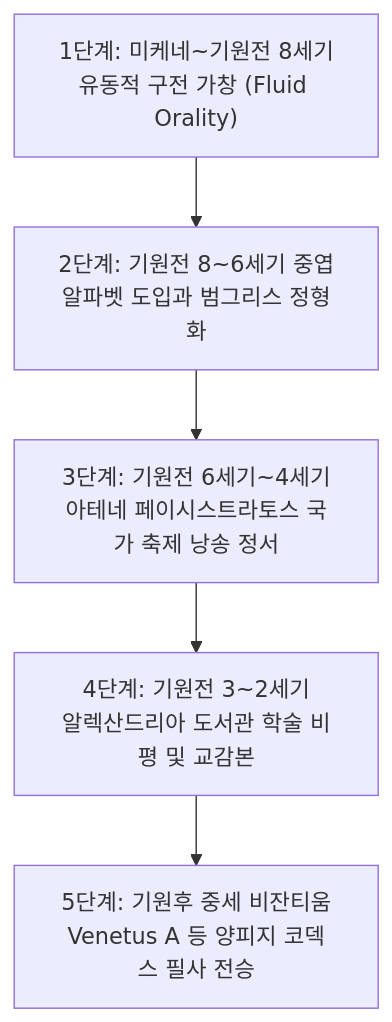
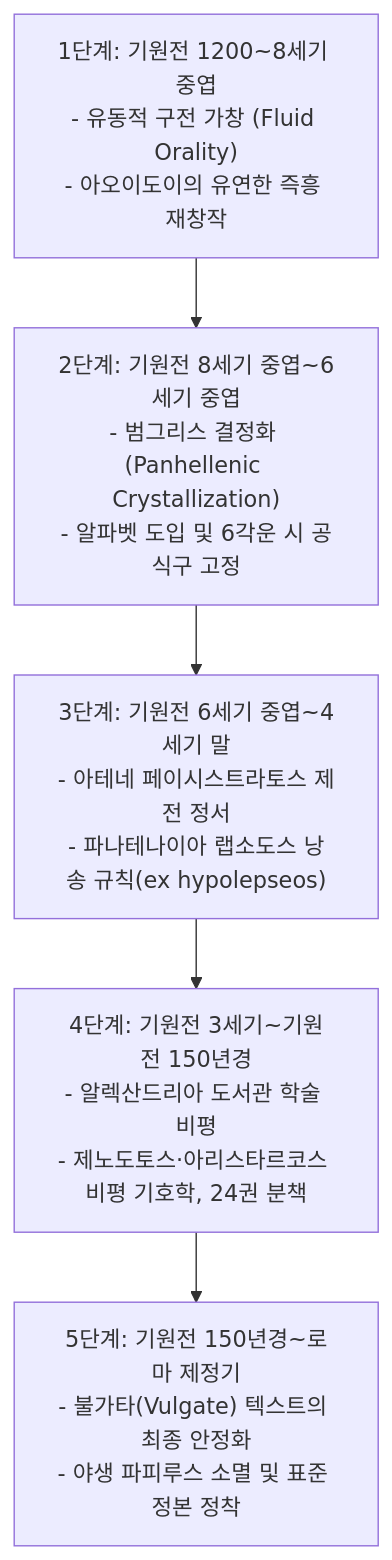
One commit to YgHnSIM/after-the-ledger changed the third of 3 diagrams in docs/essays/04-호메로스는-언제-텍스트가-되었는가.md. Above: the diagram before and after it, drawn with Mermaid. The commit also changed other lines of this file and 2 other files, not shown here.

````diff
--- a/docs/essays/04-호메로스는-언제-텍스트가-되었는가.md
+++ b/docs/essays/04-호메로스는-언제-텍스트가-되었는가.md
@@ -82,7 +166,8 @@
 ```mermaid
 flowchart TD
-    E1["1단계: 미케네~기원전 8세기\n유동적 구전 가창 (Fluid Orality)"] --> E2["2단계: 기원전 8~6세기 중엽\n알파벳 도입과 범그리스 정형화"]
-    E2 --> E3["3단계: 기원전 6세기~4세기\n아테네 페이시스트라토스 국가 축제 낭송 정서"]
-    E3 --> E4["4단계: 기원전 3~2세기\n알렉산드리아 도서관 학술 비평 및 교감본"]
-    E4 --> E5["5단계: 기원후 중세 비잔티움\nVenetus A 등 양피지 코덱스 필사 전승"]
+    S1["1단계: 기원전 1200~8세기 중엽\n- 유동적 구전 가창 (Fluid Orality)\n- 아오이도이의 유연한 즉흥 재창작"] 
+    --> S2["2단계: 기원전 8세기 중엽~6세기 중엽\n- 범그리스 결정화 (Panhellenic Crystallization)\n- 알파벳 도입 및 6각운 시 공식구 고정"]
+    --> S3["3단계: 기원전 6세기 중엽~4세기 말\n- 아테네 페이시스트라토스 제전 정서\n- 파나테나이아 랩소도스 낭송 규칙(ex hypolepseos)"]
+    --> S4["4단계: 기원전 3세기~기원전 150년경\n- 알렉산드리아 도서관 학술 비평\n- 제노도토스·아리스타르코스 비평 기호학, 24권 분책"]
+    --> S5["5단계: 기원전 150년경~로마 제정기\n- 불가타(Vulgate) 텍스트의 최종 안정화\n- 야생 파피루스 소멸 및 표준 정본 정착"]
 ```
````
